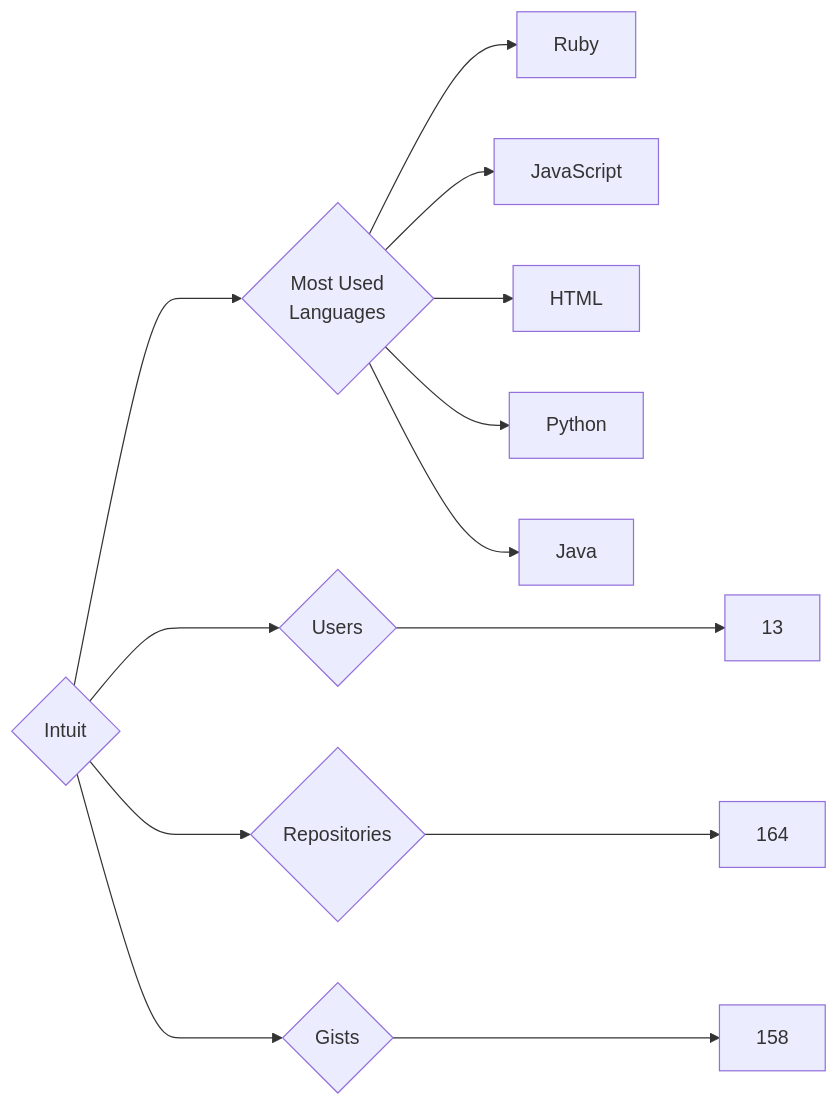
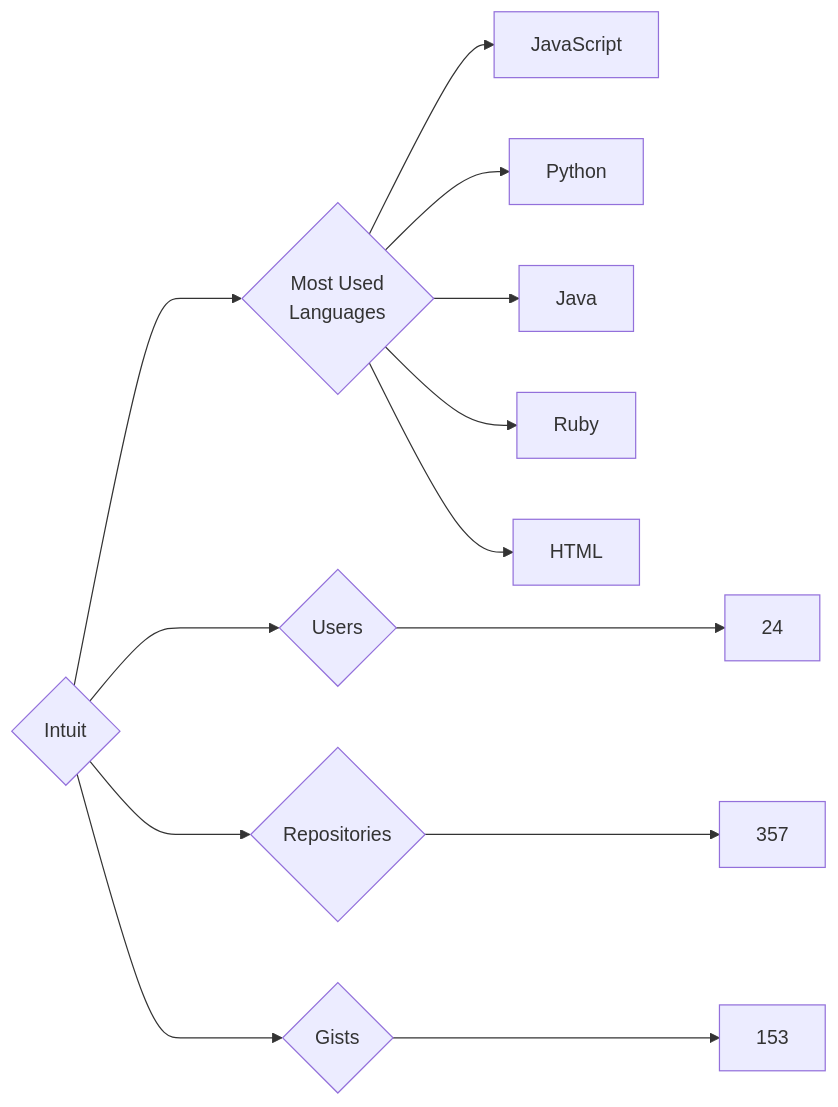
Before and after one commit to trickest/insiders: the diagram in targets/Intuit/README.md, drawn with Mermaid. The commit also changed 1030 other files, not shown here.

````diff
--- a/targets/Intuit/README.md
+++ b/targets/Intuit/README.md
@@ -3,13 +3,13 @@
 ```mermaid
 graph LR
 COMPANY_NAME{Intuit}
-COMPANY_NAME ---> U{Users} ---> UN[13]
-COMPANY_NAME ---> R{Repositories} ---> RN[164]
-COMPANY_NAME ---> G{Gists} ---> GN[158]
+COMPANY_NAME ---> U{Users} ---> UN[24]
+COMPANY_NAME ---> R{Repositories} ---> RN[357]
+COMPANY_NAME ---> G{Gists} ---> GN[153]
 COMPANY_NAME ---> ML{Most Used<br>Languages}
-ML --> Ruby[Ruby]
 ML --> JavaScript[JavaScript]
-ML --> HTML[HTML]
 ML --> Python[Python]
 ML --> Java[Java]
+ML --> Ruby[Ruby]
+ML --> HTML[HTML]
 ```
````
